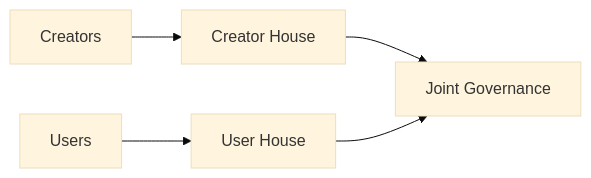
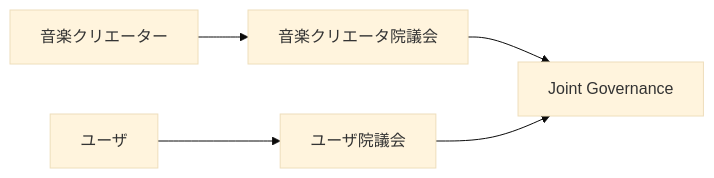
The eighth of 17 diagrams in docs/whitepaper/01-vision.md (ShigeichiroYamasaki/creator-first-platform), drawn with Mermaid (base theme) before and after one commit. The commit also changed other lines of this file and 67 other files, not shown here.

````diff
--- a/docs/whitepaper/01-vision.md
+++ b/docs/whitepaper/01-vision.md
@@ -212,14 +212,14 @@
 ```mermaid
 flowchart LR
-    C[Creators]
-    CH[Creator House]
+    C[音楽クリエーター]
+    CH[音楽クリエータ院議会]
 
-    U[Users]
-    UH[User House]
+    U[ユーザ]
+    UH[ユーザ院議会]
 
     C --> CH
     U --> UH
 
     CH --> JOINT[Joint Governance]
     UH --> JOINT
 ```
````
